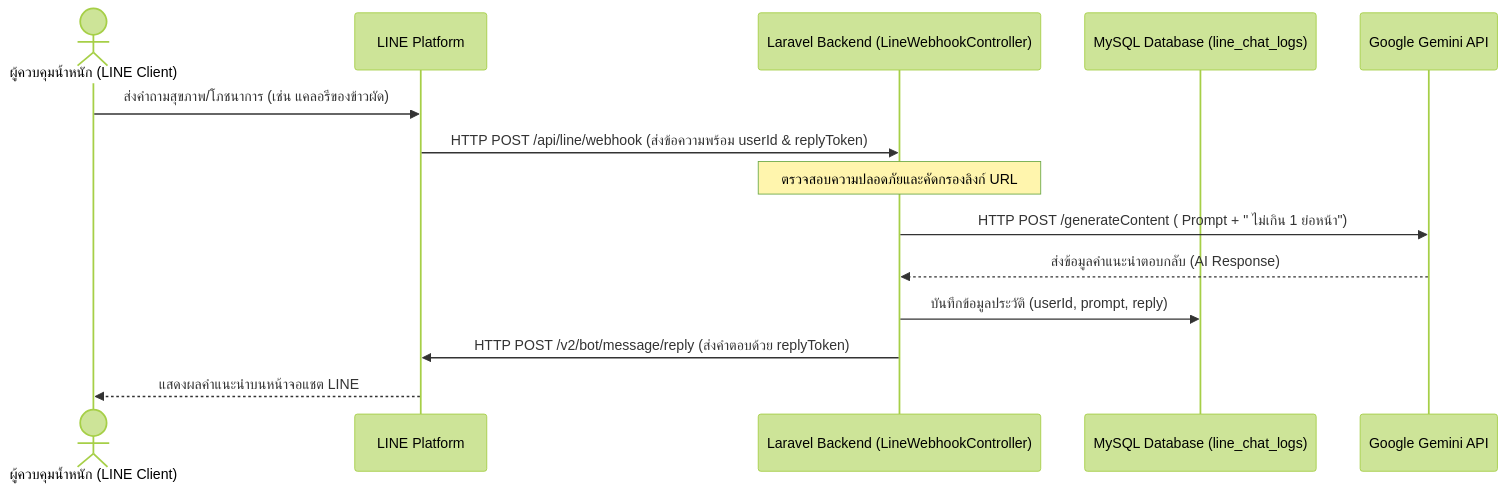
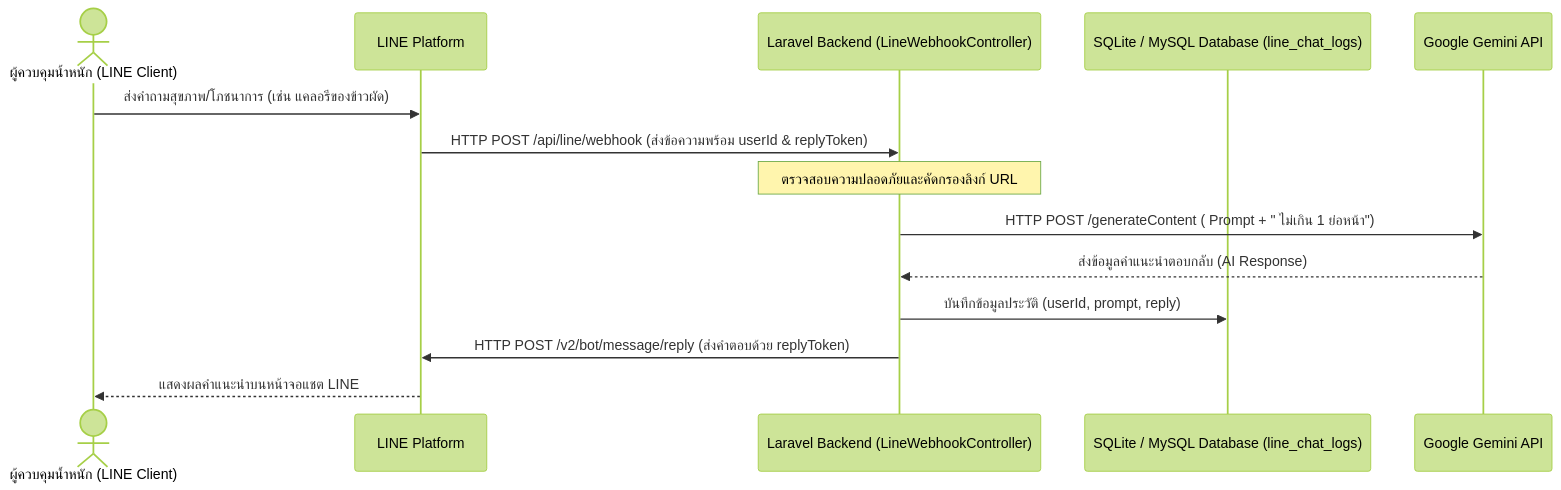
The diagram in docs/chapter3/README.md (arc6828/happy-health2), drawn with Mermaid (forest theme) before and after one commit. The commit also changed other lines of this file and 20 other files, not shown here.

````diff
--- a/docs/chapter3/README.md
+++ b/docs/chapter3/README.md
@@ -51,17 +51,17 @@
 ```mermaid
 sequenceDiagram
     actor User as ผู้ควบคุมน้ำหนัก (LINE Client)
     participant LINE as LINE Platform
     participant Server as Laravel Backend (LineWebhookController)
-    participant DB as MySQL Database (line_chat_logs)
+    participant DB as SQLite / MySQL Database (line_chat_logs)
     participant Gemini as Google Gemini API
 
     User->>LINE: ส่งคำถามสุขภาพ/โภชนาการ (เช่น แคลอรีของข้าวผัด)
     LINE->>Server: HTTP POST /api/line/webhook (ส่งข้อความพร้อม userId & replyToken)
     Note over Server: ตรวจสอบความปลอดภัยและคัดกรองลิงก์ URL
     Server->>Gemini: HTTP POST /generateContent ( Prompt + " ไม่เกิน 1 ย่อหน้า")
     Gemini-->>Server: ส่งข้อมูลคำแนะนำตอบกลับ (AI Response)
     Server->>DB: บันทึกข้อมูลประวัติ (userId, prompt, reply)
     Server->>LINE: HTTP POST /v2/bot/message/reply (ส่งคำตอบด้วย replyToken)
     LINE-->>User: แสดงผลคำแนะนำบนหน้าจอแชต LINE
 ```
````
